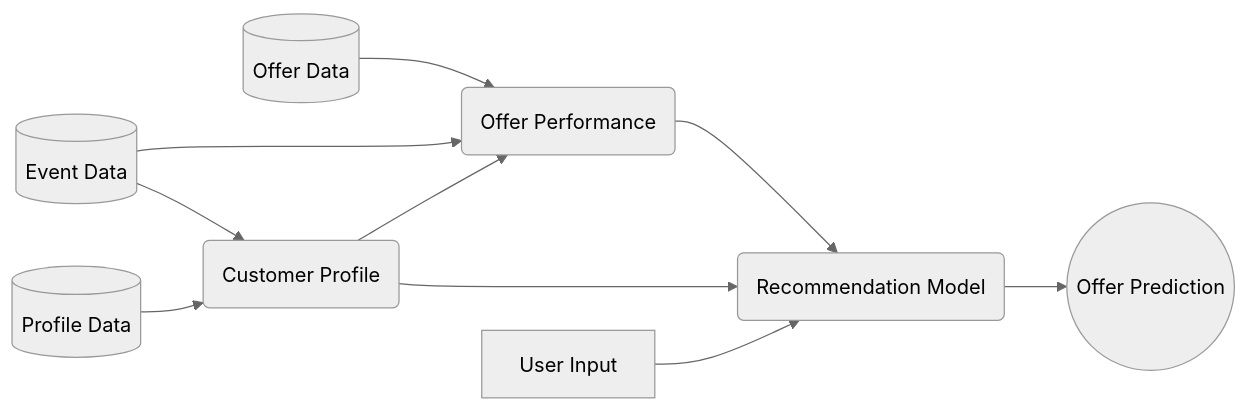
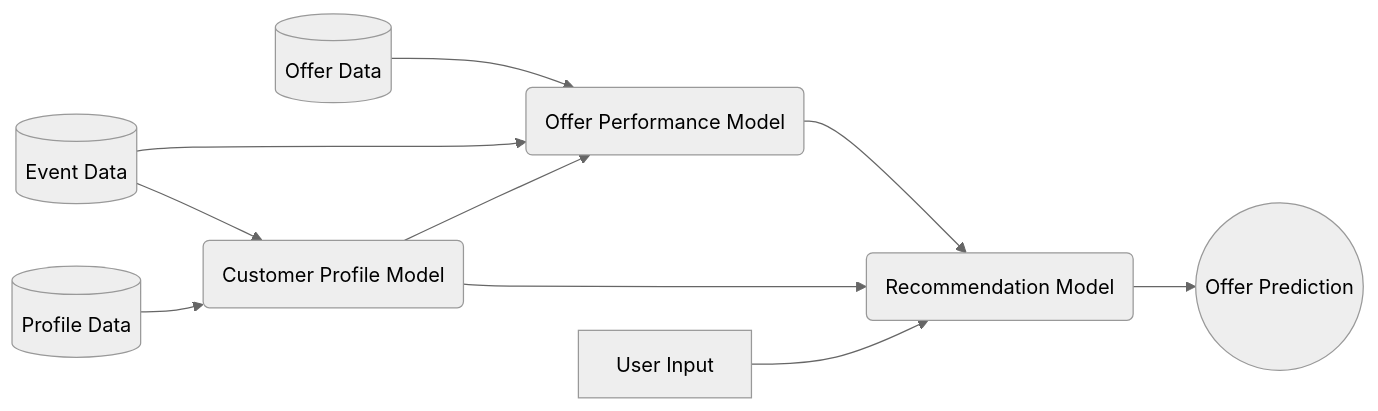
One commit to amcumber/udacity-mle-capstone-project changed the first of 2 diagrams in docs/Capstone-Proposal/proposal.md. Above: the diagram before and after it, drawn with Mermaid (neutral theme). The commit also changed other lines of this file and 1 other file, not shown here.

````diff
--- a/docs/Capstone-Proposal/proposal.md
+++ b/docs/Capstone-Proposal/proposal.md
@@ -137,12 +161,12 @@
 ```mermaid
 graph LR;
-  db3[(Event Data)] --> m1(Customer Profile);
-  db1[(Profile Data)] --> m1(Customer Profile);
-  db2[(Offer Data)] --> m2(Offer Performance);
-  db3[(Event Data)] --> m2(Offer Performance);
-  m1(Customer Profile) --> m2(Offer Performance);
-  m2(Offer Performance) --> m3(Recommendation Model);
-  m1(Customer Profile) --> m3(Recommendation Model);
+  db3[(Event Data)] --> m1(Customer Profile Model);
+  db1[(Profile Data)] --> m1(Customer Profile Model);
+  db2[(Offer Data)] --> m2(Offer Performance Model);
+  db3[(Event Data)] --> m2(Offer Performance Model);
+  m1(Customer Profile Model) --> m2(Offer Performance Model);
+  m2(Offer Performance Model) --> m3(Recommendation Model);
+  m1(Customer Profile Model) --> m3(Recommendation Model);
   input[User Input] --> m3(Recommendation Model);
   m3(Recommendation Model) --> e1((Offer Prediction));
 ```
````
